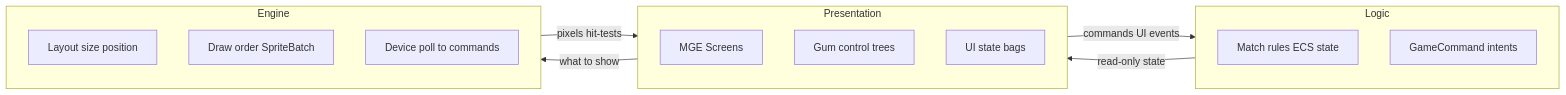
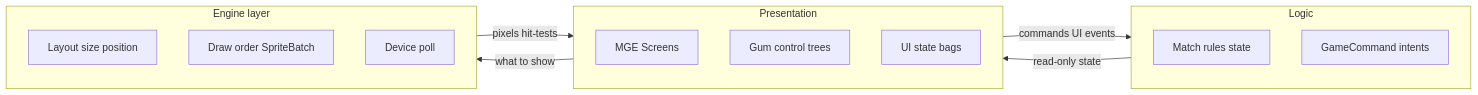
Before and after one commit to R7G3/TinyTBS: the first of 3 diagrams in TinyTBS/docs/ARCHITECTURE.md, drawn with Mermaid. The commit also changed other lines of this file and 73 other files, not shown here.

````diff
--- a/TinyTBS/docs/ARCHITECTURE.md
+++ b/TinyTBS/docs/ARCHITECTURE.md
@@ -29,21 +30,21 @@
 ```mermaid
 flowchart LR
   subgraph logic [Logic]
-    MatchRules[Match rules ECS state]
+    MatchRules[Match rules state]
     Commands[GameCommand intents]
   end
   subgraph presentation [Presentation]
     Screens[MGE Screens]
     GumUi[Gum control trees]
     UiState[UI state bags]
   end
-  subgraph engine [Engine]
+  subgraph engineLayer [Engine layer]
     Layout[Layout size position]
     Draw[Draw order SpriteBatch]
-    InputPoll[Device poll to commands]
+    InputPoll[Device poll]
   end
   presentation -->|"commands UI events"| logic
   logic -->|"read-only state"| presentation
-  presentation -->|"what to show"| engine
-  engine -->|"pixels hit-tests"| presentation
+  presentation -->|"what to show"| engineLayer
+  engineLayer -->|"pixels hit-tests"| presentation
 ```
````
